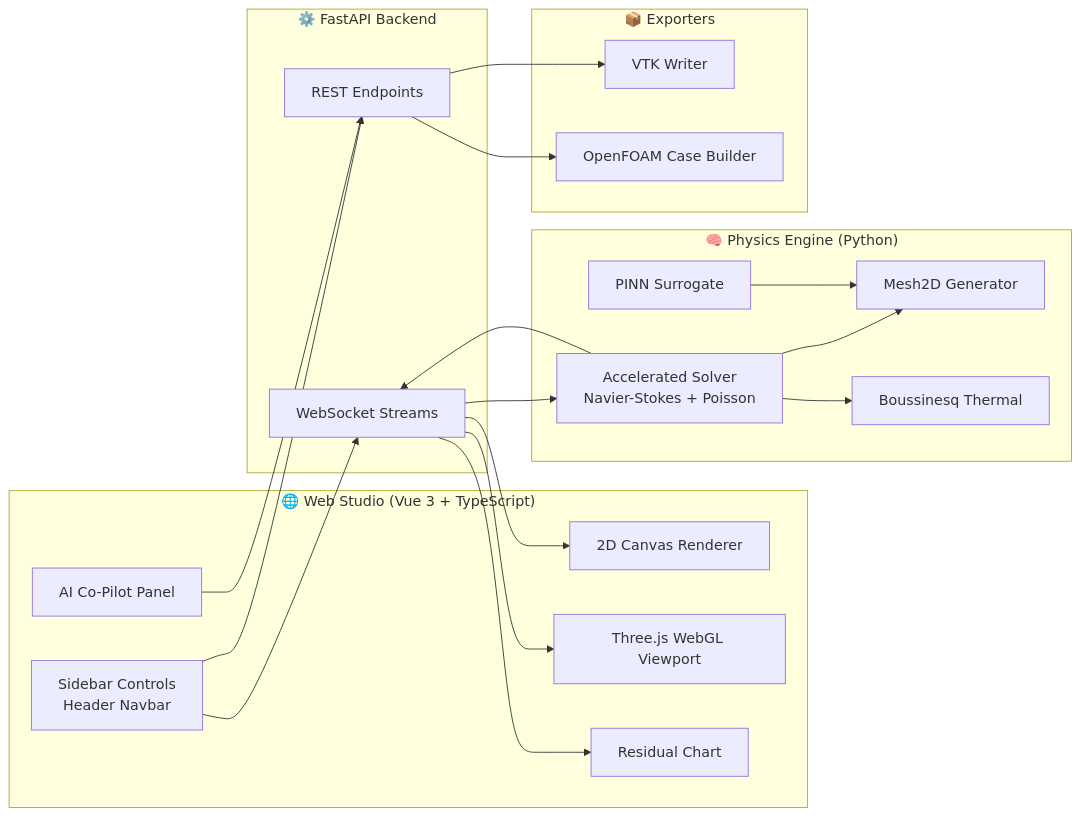
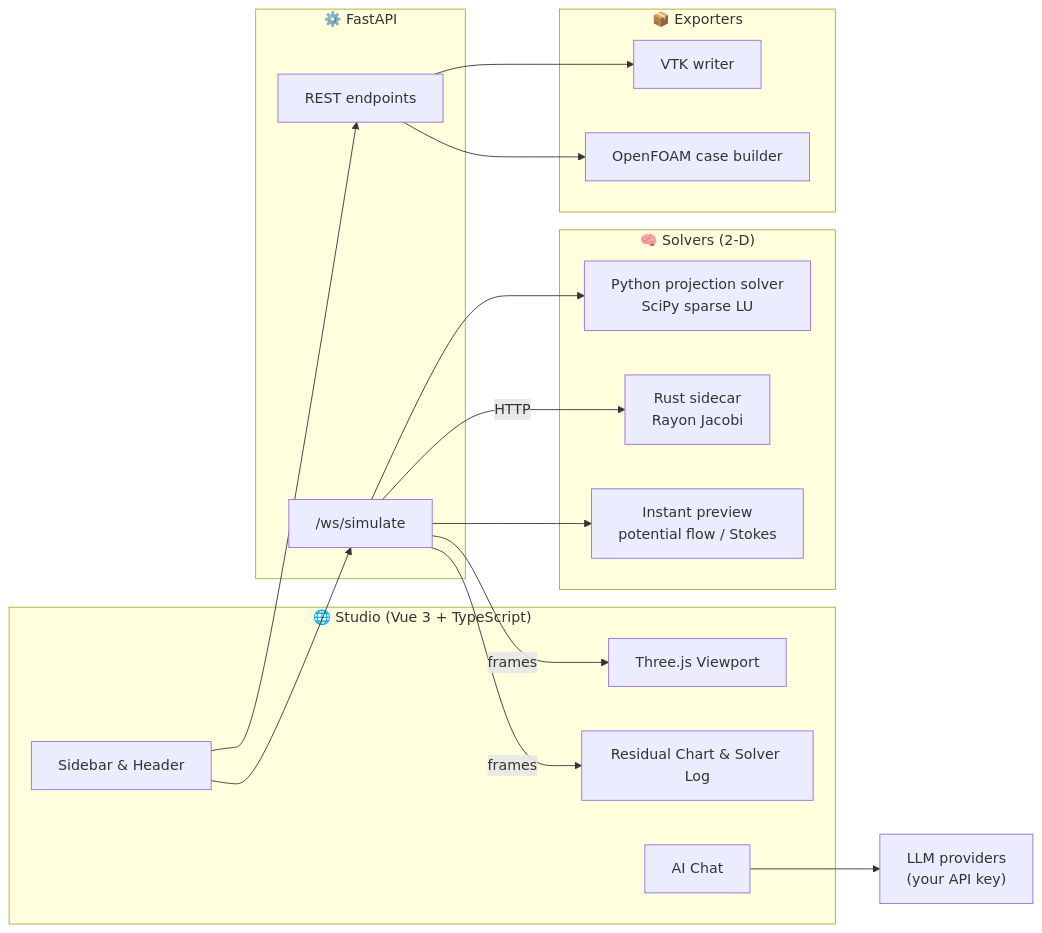
One commit to rosdebbu/openn_fOam changed the diagram in README.md. Above: the diagram before and after it, drawn with Mermaid. The commit also changed other lines of this file and 12 other files, not shown here.

````diff
--- a/README.md
+++ b/README.md
@@ -110,36 +135,34 @@
 ```mermaid
 flowchart LR
-    subgraph Browser ["🌐 Web Studio (Vue 3 + TypeScript)"]
-        UI["Sidebar Controls<br/>Header Navbar"]
-        R2D["2D Canvas Renderer"]
-        R3D["Three.js WebGL Viewport"]
-        RC["Residual Chart"]
-        AI["AI Co-Pilot Panel"]
+    subgraph Browser ["🌐 Studio (Vue 3 + TypeScript)"]
+        UI["Sidebar & Header"]
+        R3D["Three.js Viewport"]
+        RC["Residual Chart & Solver Log"]
+        AI["AI Chat"]
     end
 
-    subgraph Server ["⚙️ FastAPI Backend"]
-        WS["WebSocket Streams"]
-        REST["REST Endpoints"]
+    subgraph Server ["⚙️ FastAPI"]
+        WS["/ws/simulate"]
+        REST["REST endpoints"]
     end
 
-    subgraph Engine ["🧠 Physics Engine (Python)"]
-        MESH["Mesh2D Generator"]
-        SOLVER["Accelerated Solver<br/>Navier-Stokes + Poisson"]
-        PINN["PINN Surrogate"]
-        THERM["Boussinesq Thermal"]
+    subgraph Engines ["🧠 Solvers (2-D)"]
+        SOLVER["Python projection solver<br/>SciPy sparse LU"]
+        RUST["Rust sidecar<br/>Rayon Jacobi"]
+        PREVIEW["Instant preview<br/>potential flow / Stokes"]
     end
 
     subgraph Export ["📦 Exporters"]
-        VTK["VTK Writer"]
-        OF["OpenFOAM Case Builder"]
+        VTK["VTK writer"]
+        OF["OpenFOAM case builder"]
     end
 
-    UI --> WS --> SOLVER
-    UI --> REST
-    SOLVER --> MESH
-    SOLVER --> THERM
-    PINN --> MESH
-    SOLVER --> WS --> R2D & R3D & RC
-    REST --> VTK & OF
-    AI --> REST
+    LLM["LLM providers<br/>(your API key)"]
+
+    UI --> WS
+    WS --> SOLVER & PREVIEW
+    WS -->|HTTP| RUST
+    WS -->|frames| R3D & RC
+    UI --> REST --> VTK & OF
+    AI --> LLM
 ```
````
